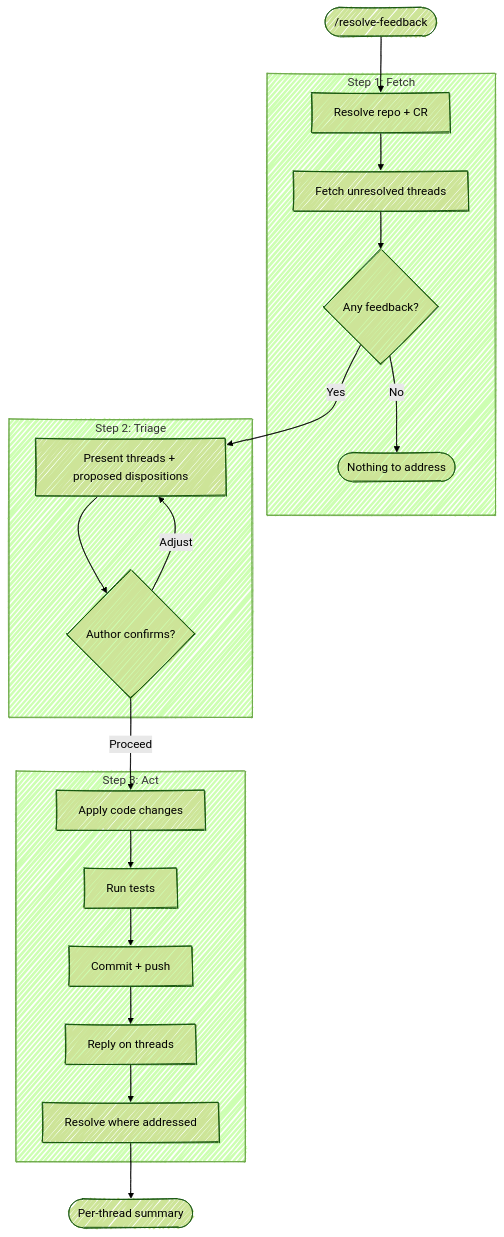
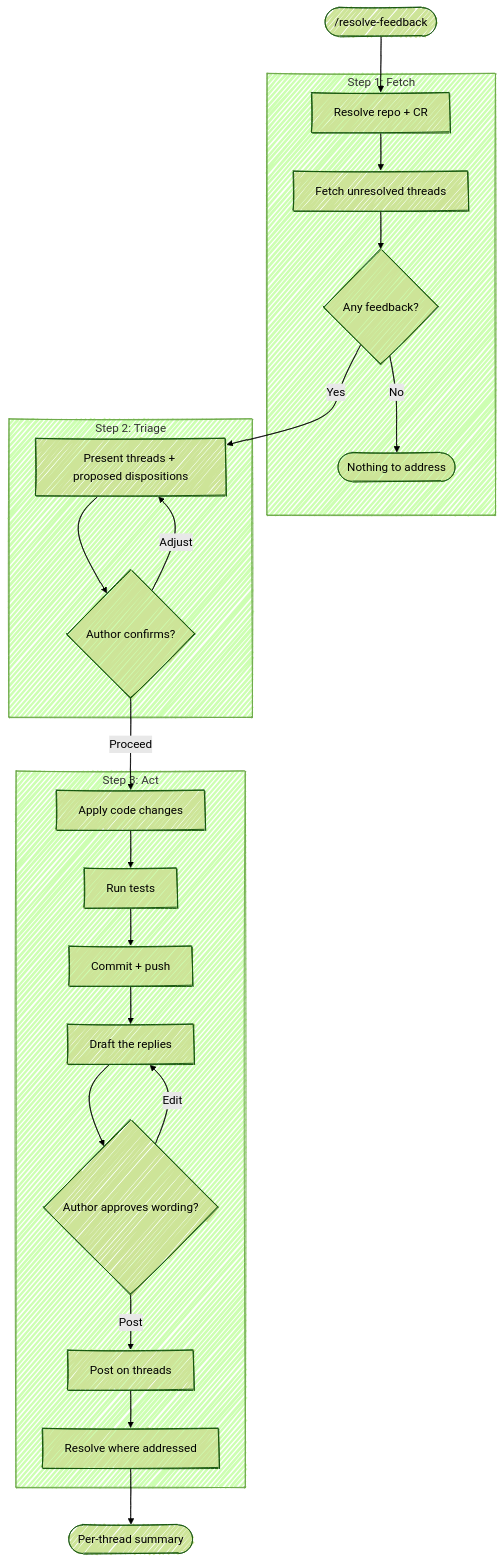
Before and after one commit to chris-peterson/anchor: the diagram in skills/resolve-feedback/SKILL.md, drawn with Mermaid (forest theme). The commit also changed other lines of this file and 1 other file, not shown here.

First line of the commit message:
Get reply wording approved before it posts

````diff
--- a/skills/resolve-feedback/SKILL.md
+++ b/skills/resolve-feedback/SKILL.md
@@ -21,26 +21,29 @@
 ```mermaid
 %%{ init: { 'look': 'handDrawn' } }%%
 flowchart TD
     Start(["/resolve-feedback"]) --> Repo["Resolve repo + CR"]
 
     subgraph "Step 1: Fetch"
         Repo --> Fetch["Fetch unresolved threads"]
         Fetch --> Any{Any feedback?}
         Any -->|No| Stop([Nothing to address])
     end
 
     subgraph "Step 2: Triage"
         Any -->|Yes| Present["Present threads + proposed dispositions"]
         Present --> Confirm{Author confirms?}
         Confirm -->|Adjust| Present
     end
 
     subgraph "Step 3: Act"
         Confirm -->|Proceed| Fix["Apply code changes"]
         Fix --> Tests["Run tests"] --> Commit["Commit + push"]
-        Commit --> Reply["Reply on threads"]
+        Commit --> Draft["Draft the replies"]
+        Draft --> Approve{Author approves wording?}
+        Approve -->|Edit| Draft
+        Approve -->|Post| Reply["Post on threads"]
         Reply --> Resolve["Resolve where addressed"]
     end
 
     Resolve --> Summary([Per-thread summary])
 ```
````
